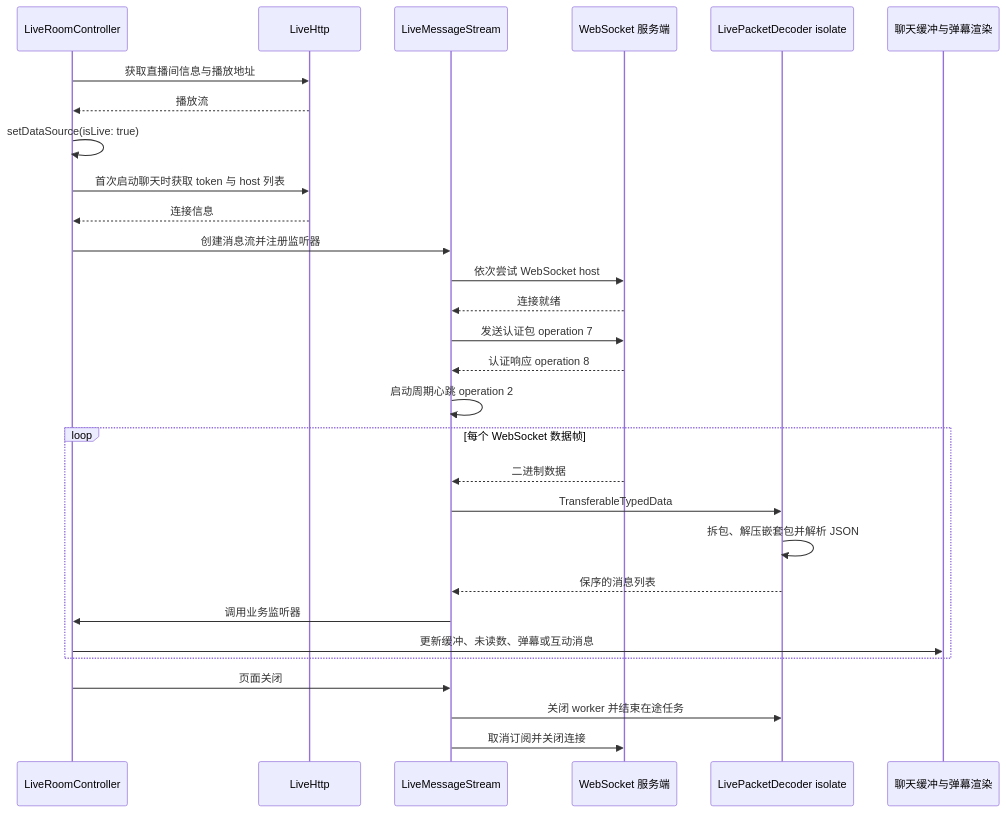
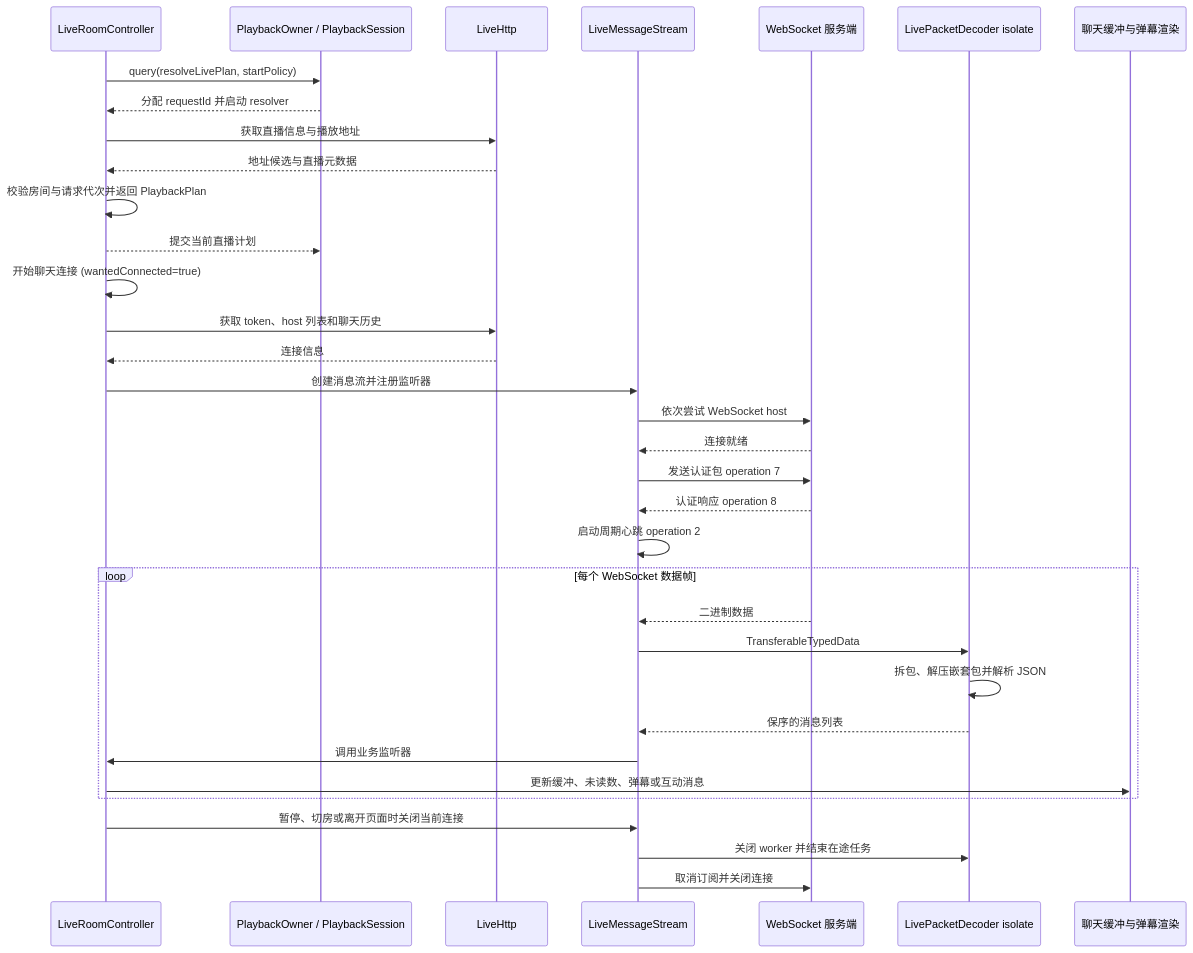
The eighth of 8 diagrams in doc/runtime-flows.md (Arukasaeled/PiliAurora), drawn with Mermaid before and after one commit. The commit also changed other lines of this file and 3 other files, not shown here.

````diff
--- a/doc/runtime-flows.md
+++ b/doc/runtime-flows.md
@@ -303,32 +306,37 @@
 ```mermaid
 sequenceDiagram
     participant Page as LiveRoomController
+    participant Owner as PlaybackOwner / PlaybackSession
     participant API as LiveHttp
     participant WS as LiveMessageStream
     participant Socket as WebSocket 服务端
     participant Decoder as LivePacketDecoder isolate
     participant UI as 聊天缓冲与弹幕渲染
 
-    Page->>API: 获取直播间信息与播放地址
-    API-->>Page: 播放流
-    Page->>Page: setDataSource(isLive: true)
-    Page->>API: 首次启动聊天时获取 token 与 host 列表
+    Page->>Owner: query(resolveLivePlan, startPolicy)
+    Owner-->>Page: 分配 requestId 并启动 resolver
+    Page->>API: 获取直播信息与播放地址
+    API-->>Page: 地址候选与直播元数据
+    Page->>Page: 校验房间与请求代次并返回 PlaybackPlan
+    Page-->>Owner: 提交当前直播计划
+    Page->>Page: 开始聊天连接 (wantedConnected=true)
+    Page->>API: 获取 token、host 列表和聊天历史
     API-->>Page: 连接信息
     Page->>WS: 创建消息流并注册监听器
     WS->>Socket: 依次尝试 WebSocket host
     Socket-->>WS: 连接就绪
     WS->>Socket: 发送认证包 operation 7
     Socket-->>WS: 认证响应 operation 8
     WS->>WS: 启动周期心跳 operation 2
     loop 每个 WebSocket 数据帧
         Socket-->>WS: 二进制数据
         WS->>Decoder: TransferableTypedData
         Decoder->>Decoder: 拆包、解压嵌套包并解析 JSON
         Decoder-->>WS: 保序的消息列表
         WS->>Page: 调用业务监听器
         Page->>UI: 更新缓冲、未读数、弹幕或互动消息
     end
-    Page->>WS: 页面关闭
+    Page->>WS: 暂停、切房或离开页面时关闭当前连接
     WS->>Decoder: 关闭 worker 并结束在途任务
     WS->>Socket: 取消订阅并关闭连接
 ```
````
